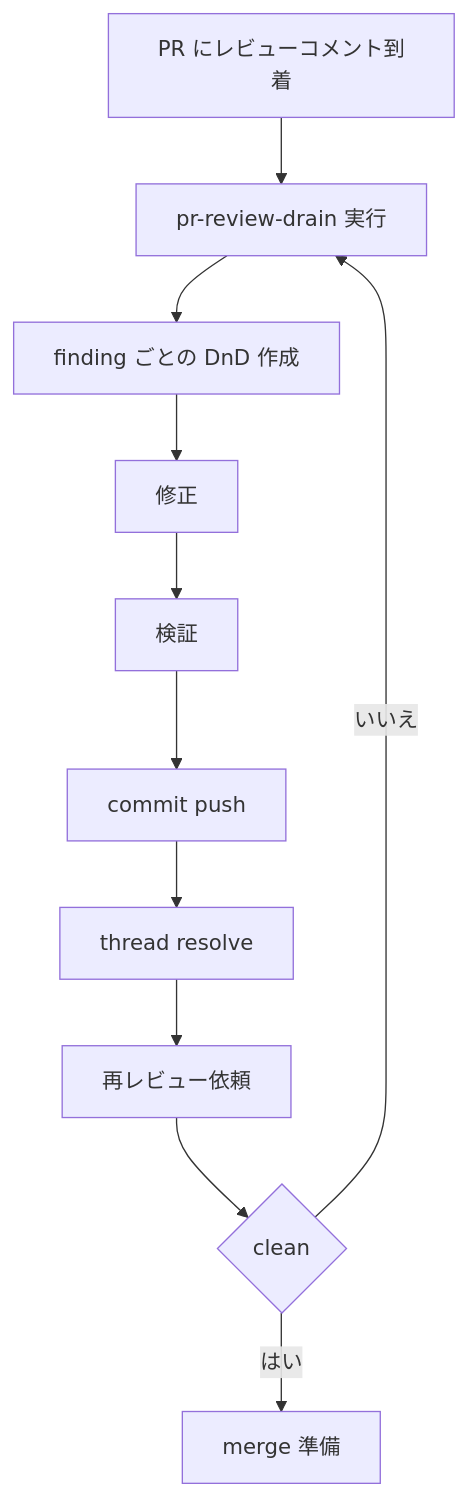
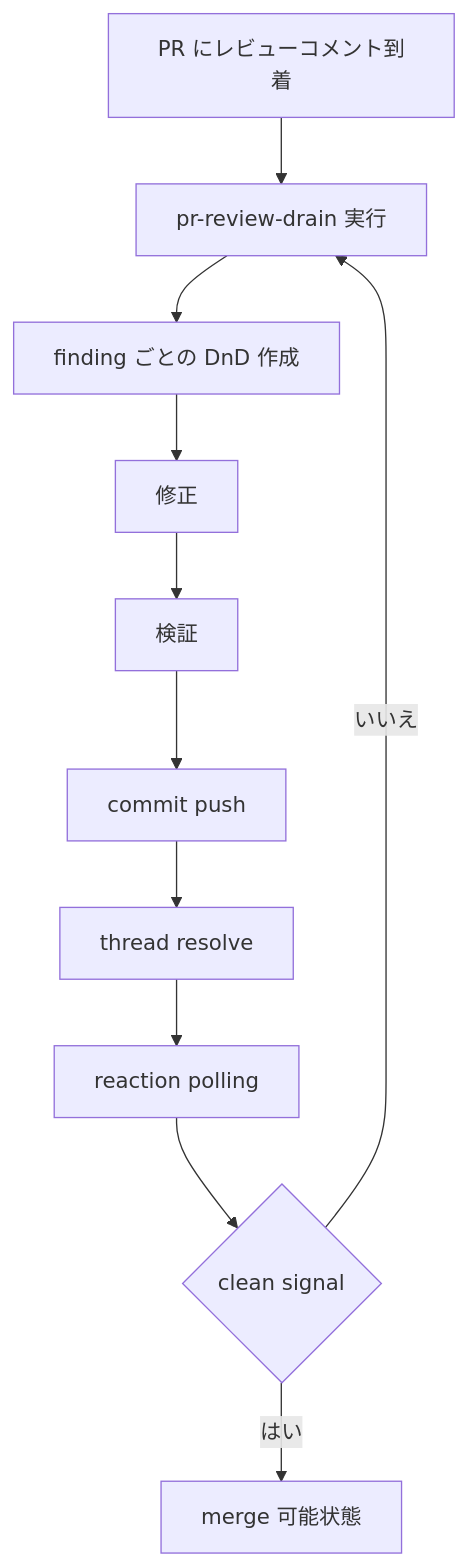
Diagram 11 of 11 in README.ja.md (limcpf/octosmith), drawn with Mermaid before and after one commit. The commit also changed other lines of this file and 6 other files, not shown here.

````diff
--- a/README.ja.md
+++ b/README.ja.md
@@ -341,13 +355,13 @@
 ```mermaid
 flowchart TD
   A[PR にレビューコメント到着] --> B[pr-review-drain 実行]
   B --> C[finding ごとの DnD 作成]
   C --> D[修正]
   D --> E[検証]
   E --> F[commit push]
   F --> G[thread resolve]
-  G --> H[再レビュー依頼]
-  H --> I{clean}
+  G --> H[reaction polling]
+  H --> I{clean signal}
   I -->|いいえ| B
-  I -->|はい| J[merge 準備]
+  I -->|はい| J[merge 可能状態]
 ```
````
